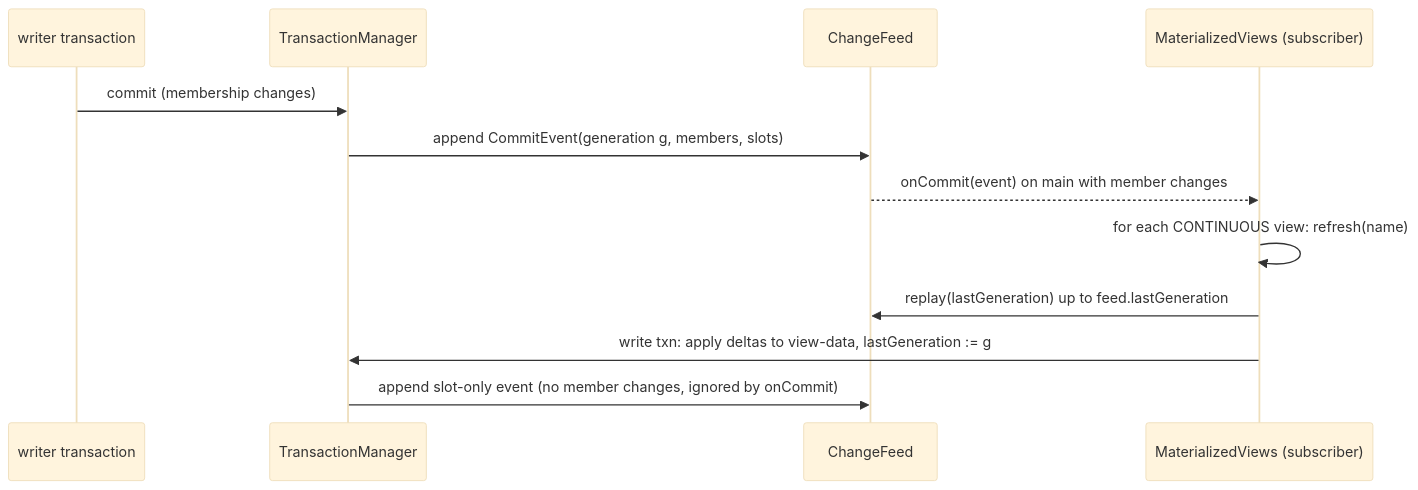
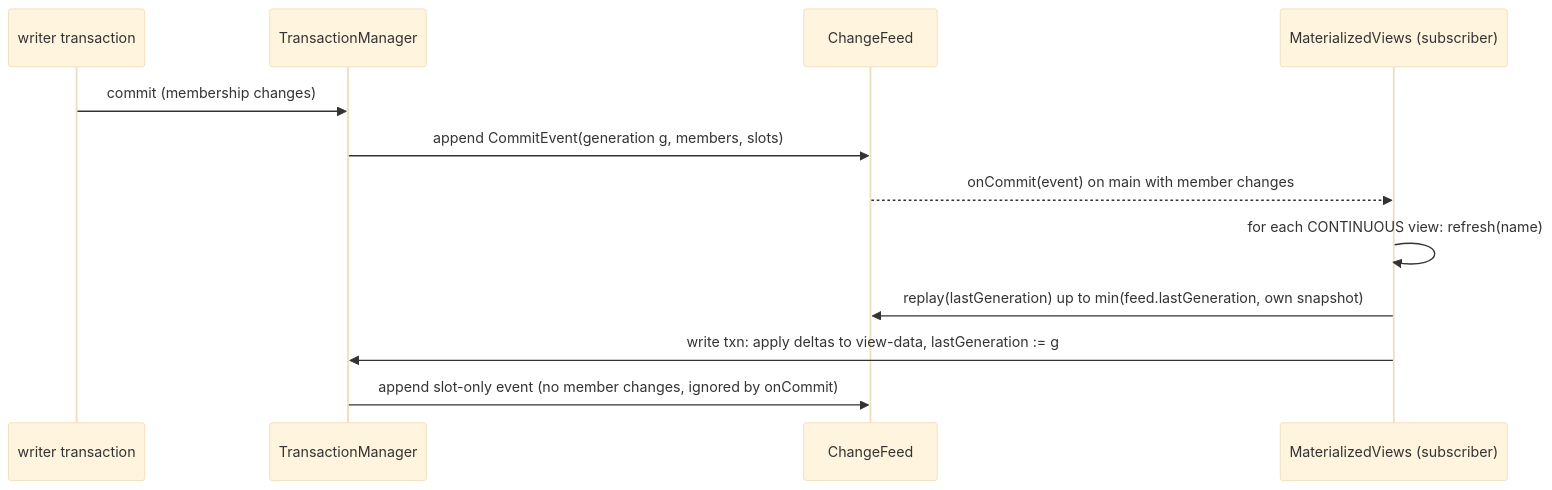
Before and after one commit to metacoglabs/hypergraph: the diagram in docs/database/views-signals-stats.md, drawn with Mermaid (base theme). The commit also changed 1 other file, not shown here.

Commit message:
docs(storage): describe the publish-then-notify order of the feed

````diff
--- a/docs/database/views-signals-stats.md
+++ b/docs/database/views-signals-stats.md
@@ -15,14 +15,14 @@
 ```mermaid
 sequenceDiagram
   participant TX as writer transaction
   participant TM as TransactionManager
   participant CF as ChangeFeed
   participant MV as MaterializedViews (subscriber)
   TX->>TM: commit (membership changes)
   TM->>CF: append CommitEvent(generation g, members, slots)
   CF-->>MV: onCommit(event) on main with member changes
   MV->>MV: for each CONTINUOUS view: refresh(name)
-  MV->>CF: replay(lastGeneration) up to feed.lastGeneration
+  MV->>CF: replay(lastGeneration) up to min(feed.lastGeneration, own snapshot)
   MV->>TM: write txn: apply deltas to view-data, lastGeneration := g
   TM->>CF: append slot-only event (no member changes, ignored by onCommit)
 ```
````
